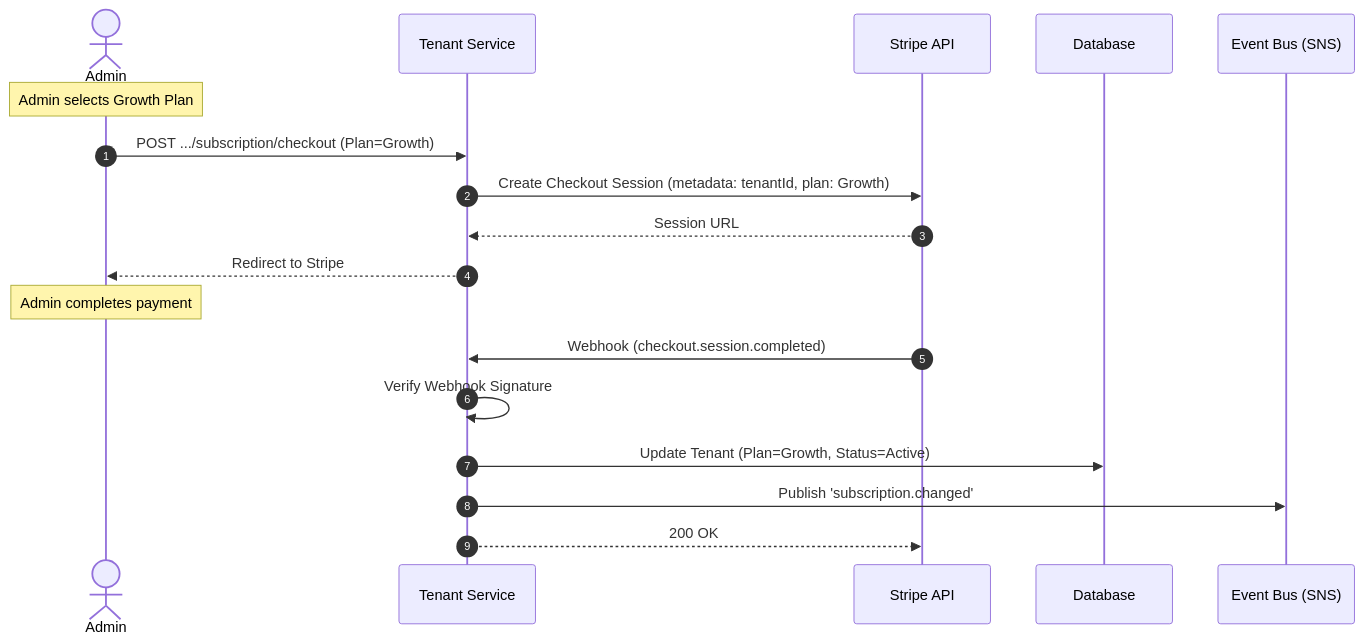
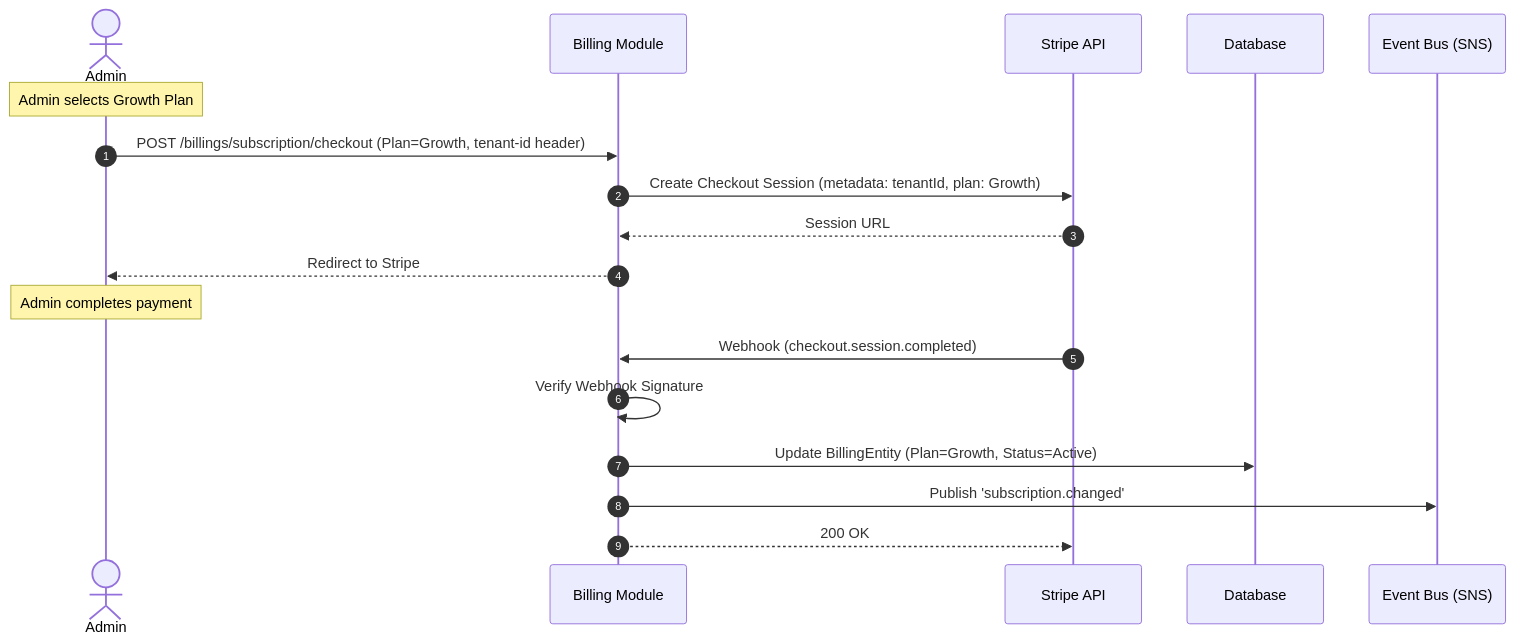
Before and after one commit to Digital-Rogue-Wave/referral-pulse-tenant-svc: diagram 14 of 30 in README.md, drawn with Mermaid. The commit also changed other lines of this file, not shown here.

Commit message:
refactor read me for billing

````diff
--- a/README.md
+++ b/README.md
@@ -455,22 +465,22 @@
 ```mermaid
 sequenceDiagram
     autonumber
     actor Admin
-    participant TS as Tenant Service
+    participant BS as Billing Module
     participant Stripe as Stripe API
     participant DB as Database
     participant SNS as Event Bus (SNS)
 
     Note over Admin: Admin selects Growth Plan
-    Admin->>TS: POST .../subscription/checkout (Plan=Growth)
-    TS->>Stripe: Create Checkout Session (metadata: tenantId, plan: Growth)
-    Stripe-->>TS: Session URL
-    TS-->>Admin: Redirect to Stripe
+    Admin->>BS: POST /billings/subscription/checkout (Plan=Growth, tenant-id header)
+    BS->>Stripe: Create Checkout Session (metadata: tenantId, plan: Growth)
+    Stripe-->>BS: Session URL
+    BS-->>Admin: Redirect to Stripe
 
     Note over Admin: Admin completes payment
-    Stripe->>TS: Webhook (checkout.session.completed)
-    TS->>TS: Verify Webhook Signature
-    TS->>DB: Update Tenant (Plan=Growth, Status=Active)
-    TS->>SNS: Publish 'subscription.changed'
-    TS-->>Stripe: 200 OK
+    Stripe->>BS: Webhook (checkout.session.completed)
+    BS->>BS: Verify Webhook Signature
+    BS->>DB: Update BillingEntity (Plan=Growth, Status=Active)
+    BS->>SNS: Publish 'subscription.changed'
+    BS-->>Stripe: 200 OK
 ```
````
